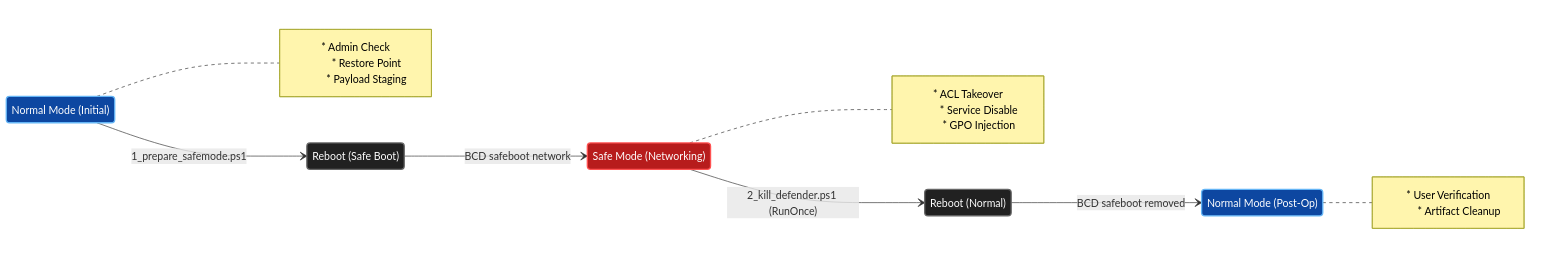
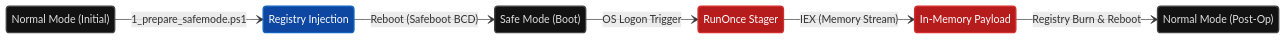
Before and after one commit to FeelTheFonk/killSlop: the diagram in README.md, drawn with Mermaid. The commit also changed other lines of this file and 3 other files, not shown here.

First line of the commit message:
feat(stealth): Fileless Registry Injection & Architecture Rewriting

````diff
--- a/README.md
+++ b/README.md
@@ -16,40 +25,25 @@
 ```mermaid
 stateDiagram-v2
     direction LR
 
-    classDef dark fill:#212121,stroke:#666,stroke-width:2px,color:#fff
-    classDef norm fill:#0d47a1,stroke:#64b5f6,stroke-width:2px,color:#fff
-    classDef safe fill:#b71c1c,stroke:#ff5252,stroke-width:2px,color:#fff
+    classDef dark fill:#121212,stroke:#424242,stroke-width:2px,color:#e0e0e0
+    classDef inject fill:#0d47a1,stroke:#1565c0,stroke-width:2px,color:#fff
+    classDef mem fill:#b71c1c,stroke:#d32f2f,stroke-width:2px,color:#fff
 
     state "Normal Mode (Initial)" as NM1
-    state "Reboot (Safe Boot)" as Reboot_1
-    state "Safe Mode (Networking)" as SM
-    state "Reboot (Normal)" as Reboot_2
+    state "Registry Injection" as RegInj
+    state "Safe Mode (Boot)" as SM_Boot
+    state "RunOnce Stager" as SM_Stager
+    state "In-Memory Payload" as SM_Mem
     state "Normal Mode (Post-Op)" as NM2
 
-    NM1 --> Reboot_1 : 1_prepare_safemode.ps1
-    Reboot_1 --> SM : BCD safeboot network
-    SM --> Reboot_2 : 2_kill_defender.ps1 (RunOnce)
-    Reboot_2 --> NM2 : BCD safeboot removed
+    NM1 --> RegInj : 1_prepare_safemode.ps1
+    RegInj --> SM_Boot : Reboot (Safeboot BCD)
+    SM_Boot --> SM_Stager : OS Logon Trigger
+    SM_Stager --> SM_Mem : IEX (Memory Stream)
+    SM_Mem --> NM2 : Registry Burn & Reboot
 
-    note right of NM1
-        * Admin Check
-        * Restore Point
-        * Payload Staging
-    end note
-
-    note right of SM
-        * ACL Takeover
-        * Service Disable
-        * GPO Injection
-    end note
-
-    note right of NM2
-        * User Verification
-        * Artifact Cleanup
-    end note
-
-    class NM1,NM2 norm
-    class SM safe
-    class Reboot_1,Reboot_2 dark
+    class NM1,NM2,SM_Boot dark
+    class RegInj inject
+    class SM_Stager,SM_Mem mem
 ```
````
